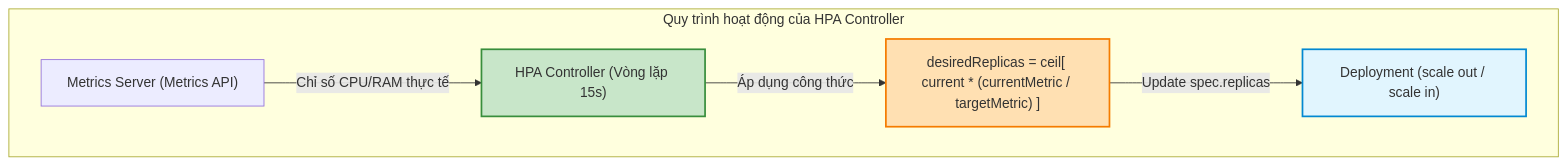
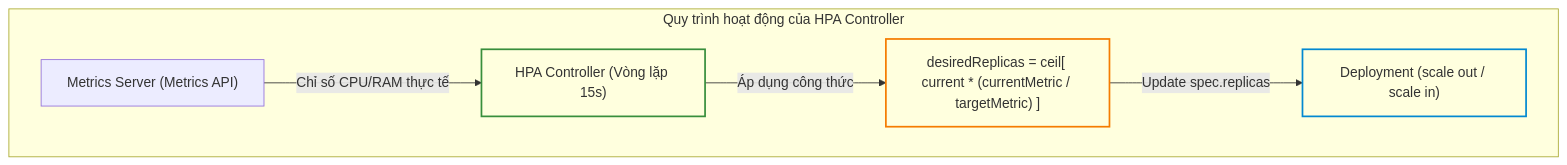
The first of 3 diagrams in _posts/2026-09-12-cka-19-19-autoscaling-hpa-va-cluster.md (kiennt308/ntk), drawn with Mermaid before and after one commit. The commit also changed other lines of this file and 207 other files, not shown here.

Commit message:
feat(posts): batch standardize all 208 posts with TL;DR, qa-card accordion, fill:none mermaid, and liquid raw wrappers

````diff
--- a/_posts/2026-09-12-cka-19-19-autoscaling-hpa-va-cluster.md
+++ b/_posts/2026-09-12-cka-19-19-autoscaling-hpa-va-cluster.md
@@ -155,12 +159,12 @@
 ```mermaid
 graph TD
     subgraph HPA_Workflow ["Quy trình hoạt động của HPA Controller"]
         MS["Metrics Server (Metrics API)"] -->|Chỉ số CPU/RAM thực tế| HPA_CTRL["HPA Controller (Vòng lặp 15s)"]
         HPA_CTRL -->|Áp dụng công thức| FORMULA["desiredReplicas = ceil[ current * (currentMetric / targetMetric) ]"]
         FORMULA -->|Update spec.replicas| DEPLOY["Deployment (scale out / scale in)"]
     end
 
-    style HPA_CTRL fill:#c8e6c9,stroke:#388e3c,stroke-width:2px
-    style FORMULA fill:#ffe0b2,stroke:#f57c00,stroke-width:2px
-    style DEPLOY fill:#e1f5fe,stroke:#0288d1,stroke-width:2px
+    style HPA_CTRL fill:none,stroke:#388e3c,stroke-width:2px
+    style FORMULA fill:none,stroke:#f57c00,stroke-width:2px
+    style DEPLOY fill:none,stroke:#0288d1,stroke-width:2px
 ```
````
